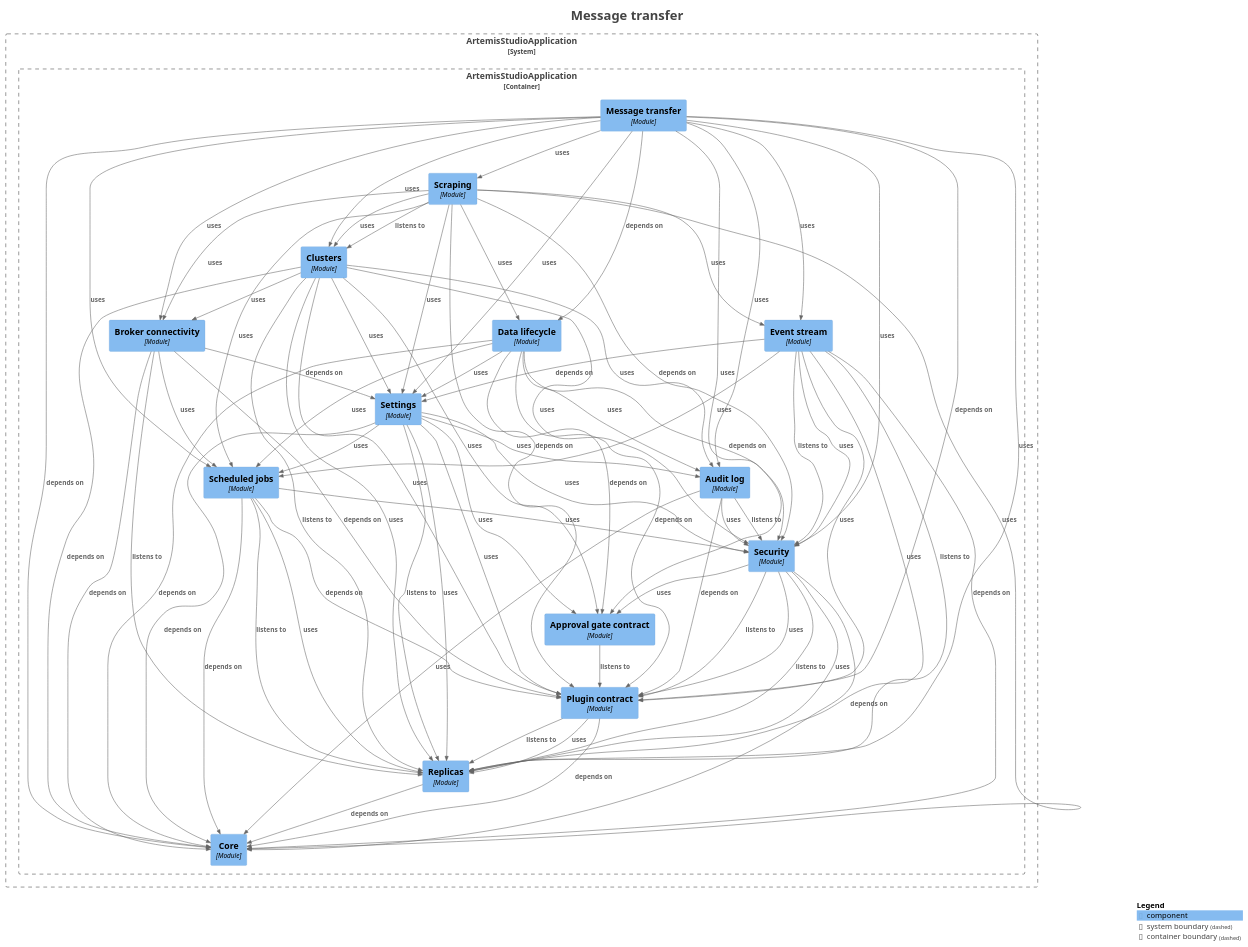
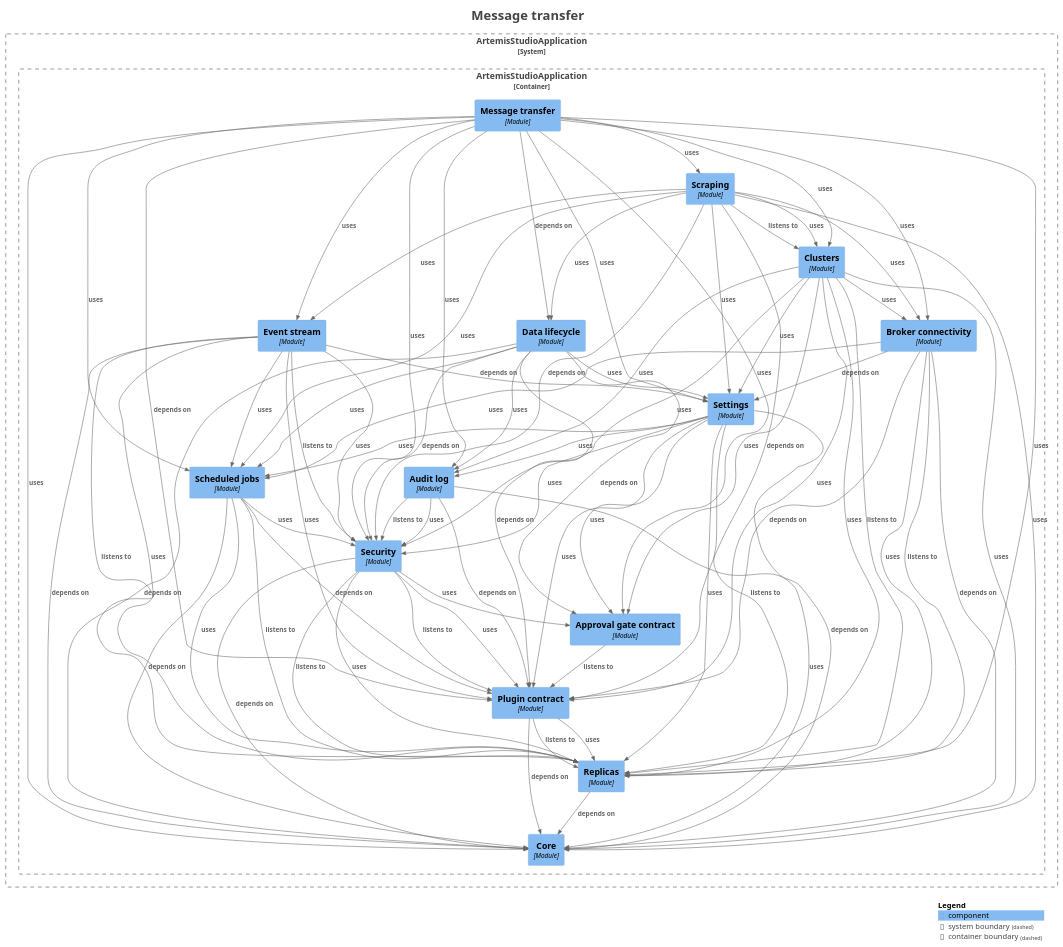
The diagram in docs/modules/module-feature.transfer.puml (sudoitir/artemis-studio), drawn with PlantUML before and after one commit. The commit also changed 13 other files, not shown here.

Commit message:
docs: regenerate module diagrams after the merge

```diff
--- a/docs/modules/module-feature.transfer.puml
+++ b/docs/modules/module-feature.transfer.puml
@@ -43,12 +43,13 @@
 Rel(ArtemisStudioApplication.ArtemisStudioApplication.Brokerconnectivity, ArtemisStudioApplication.ArtemisStudioApplication.Core, "depends on", $techn="", $tags="", $link="")
 Rel(ArtemisStudioApplication.ArtemisStudioApplication.Brokerconnectivity, ArtemisStudioApplication.ArtemisStudioApplication.Plugincontract, "depends on", $techn="", $tags="", $link="")
 Rel(ArtemisStudioApplication.ArtemisStudioApplication.Brokerconnectivity, ArtemisStudioApplication.ArtemisStudioApplication.Replicas, "listens to", $techn="", $tags="", $link="")
+Rel(ArtemisStudioApplication.ArtemisStudioApplication.Brokerconnectivity, ArtemisStudioApplication.ArtemisStudioApplication.Replicas, "uses", $techn="", $tags="", $link="")
 Rel(ArtemisStudioApplication.ArtemisStudioApplication.Brokerconnectivity, ArtemisStudioApplication.ArtemisStudioApplication.Scheduledjobs, "uses", $techn="", $tags="", $link="")
 Rel(ArtemisStudioApplication.ArtemisStudioApplication.Brokerconnectivity, ArtemisStudioApplication.ArtemisStudioApplication.Settings, "depends on", $techn="", $tags="", $link="")
 Rel(ArtemisStudioApplication.ArtemisStudioApplication.Clusters, ArtemisStudioApplication.ArtemisStudioApplication.Approvalgatecontract, "uses", $techn="", $tags="", $link="")
 Rel(ArtemisStudioApplication.ArtemisStudioApplication.Clusters, ArtemisStudioApplication.ArtemisStudioApplication.Auditlog, "uses", $techn="", $tags="", $link="")
 Rel(ArtemisStudioApplication.ArtemisStudioApplication.Clusters, ArtemisStudioApplication.ArtemisStudioApplication.Brokerconnectivity, "uses", $techn="", $tags="", $link="")
-Rel(ArtemisStudioApplication.ArtemisStudioApplication.Clusters, ArtemisStudioApplication.ArtemisStudioApplication.Core, "depends on", $techn="", $tags="", $link="")
+Rel(ArtemisStudioApplication.ArtemisStudioApplication.Clusters, ArtemisStudioApplication.ArtemisStudioApplication.Core, "uses", $techn="", $tags="", $link="")
 Rel(ArtemisStudioApplication.ArtemisStudioApplication.Clusters, ArtemisStudioApplication.ArtemisStudioApplication.Plugincontract, "uses", $techn="", $tags="", $link="")
 Rel(ArtemisStudioApplication.ArtemisStudioApplication.Clusters, ArtemisStudioApplication.ArtemisStudioApplication.Replicas, "listens to", $techn="", $tags="", $link="")
 Rel(ArtemisStudioApplication.ArtemisStudioApplication.Clusters, ArtemisStudioApplication.ArtemisStudioApplication.Replicas, "uses", $techn="", $tags="", $link="")
@@ -73,7 +74,7 @@
 Rel(ArtemisStudioApplication.ArtemisStudioApplication.Messagetransfer, ArtemisStudioApplication.ArtemisStudioApplication.Auditlog, "uses", $techn="", $tags="", $link="")
 Rel(ArtemisStudioApplication.ArtemisStudioApplication.Messagetransfer, ArtemisStudioApplication.ArtemisStudioApplication.Brokerconnectivity, "uses", $techn="", $tags="", $link="")
 Rel(ArtemisStudioApplication.ArtemisStudioApplication.Messagetransfer, ArtemisStudioApplication.ArtemisStudioApplication.Clusters, "uses", $techn="", $tags="", $link="")
-Rel(ArtemisStudioApplication.ArtemisStudioApplication.Messagetransfer, ArtemisStudioApplication.ArtemisStudioApplication.Core, "depends on", $techn="", $tags="", $link="")
+Rel(ArtemisStudioApplication.ArtemisStudioApplication.Messagetransfer, ArtemisStudioApplication.ArtemisStudioApplication.Core, "uses", $techn="", $tags="", $link="")
 Rel(ArtemisStudioApplication.ArtemisStudioApplication.Messagetransfer, ArtemisStudioApplication.ArtemisStudioApplication.Datalifecycle, "depends on", $techn="", $tags="", $link="")
 Rel(ArtemisStudioApplication.ArtemisStudioApplication.Messagetransfer, ArtemisStudioApplication.ArtemisStudioApplication.Eventstream, "uses", $techn="", $tags="", $link="")
 Rel(ArtemisStudioApplication.ArtemisStudioApplication.Messagetransfer, ArtemisStudioApplication.ArtemisStudioApplication.Plugincontract, "depends on", $techn="", $tags="", $link="")
```
